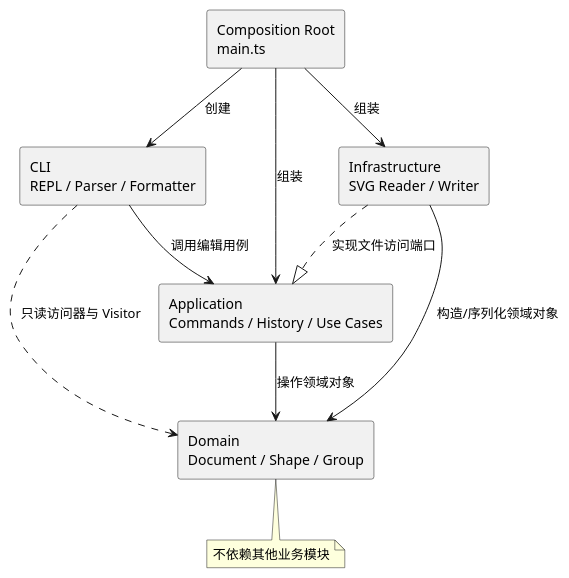
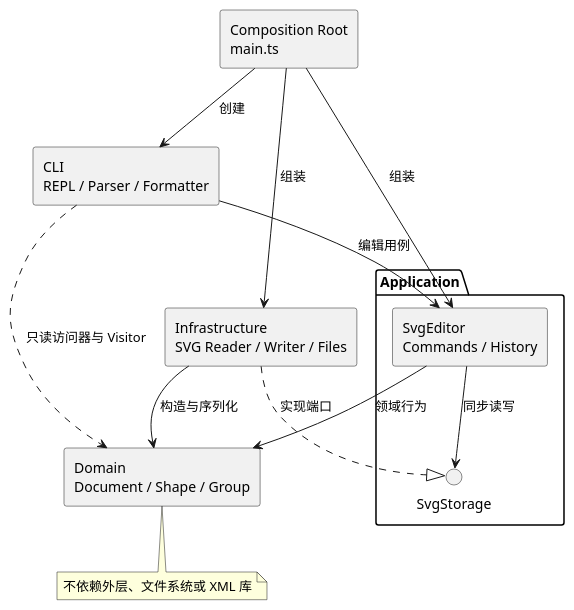
One commit to yhbkyhbk/lab1 changed the diagram in doc/README.md. Above: the diagram before and after it, drawn with PlantUML. The commit also changed other lines of this file and 7 other files, not shown here.

First line of the commit message:
完成最终文档、组件图与架构一致性审计

````diff
--- a/doc/README.md
+++ b/doc/README.md
@@ -55,24 +57,28 @@
 ```plantuml
 @startuml
 skinparam componentStyle rectangle
 
 component "CLI\nREPL / Parser / Formatter" as CLI
-component "Application\nCommands / History / Use Cases" as APP
+package "Application" {
+  component "SvgEditor\nCommands / History" as APP
+  interface "SvgStorage" as PORT
+}
 component "Domain\nDocument / Shape / Group" as DOMAIN
-component "Infrastructure\nSVG Reader / Writer" as INFRA
+component "Infrastructure\nSVG Reader / Writer / Files" as INFRA
 component "Composition Root\nmain.ts" as MAIN
 
-CLI --> APP : 调用编辑用例
+CLI --> APP : 编辑用例
 CLI ..> DOMAIN : 只读访问器与 Visitor
-APP --> DOMAIN : 操作领域对象
-INFRA --> DOMAIN : 构造/序列化领域对象
-INFRA ..|> APP : 实现文件访问端口
+APP --> DOMAIN : 领域行为
+APP --> PORT : 同步读写
+INFRA ..|> PORT : 实现端口
+INFRA --> DOMAIN : 构造与序列化
 MAIN --> CLI : 创建
 MAIN --> APP : 组装
 MAIN --> INFRA : 组装
 
 note bottom of DOMAIN
-  不依赖其他业务模块
+  不依赖外层、文件系统或 XML 库
 end note
 @enduml
 ```
````
